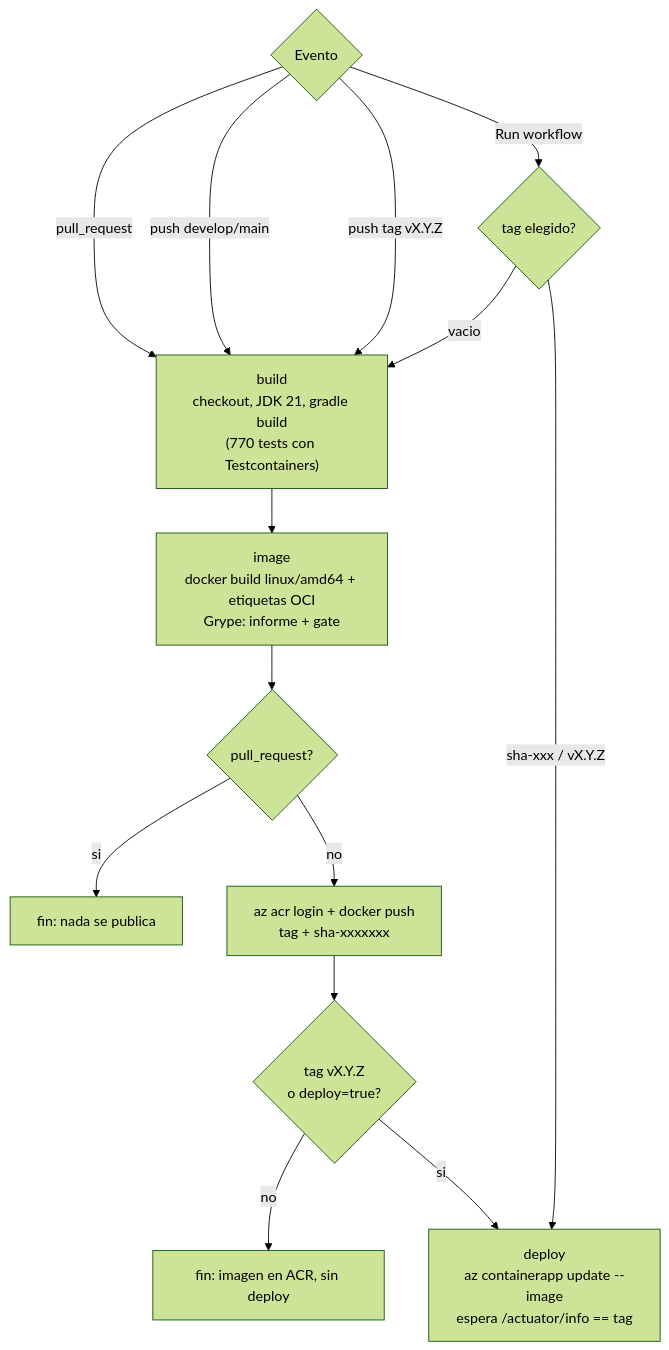
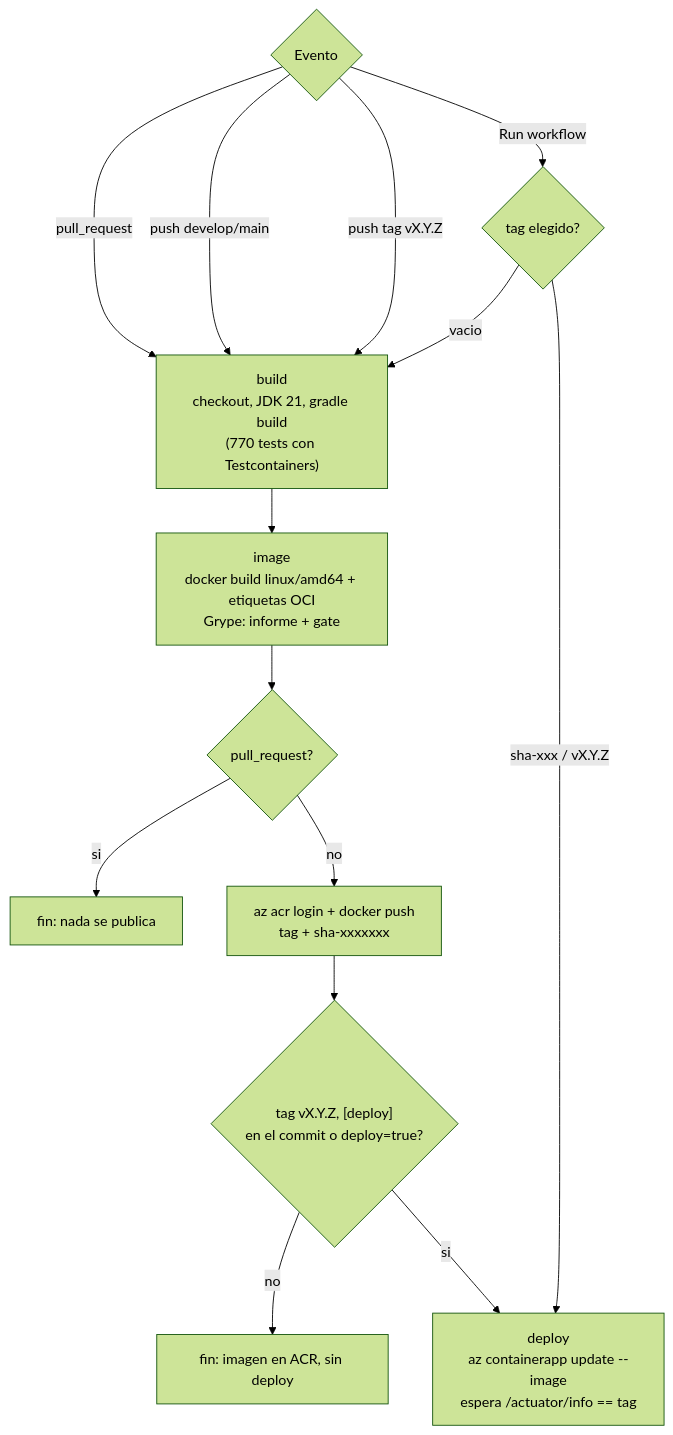
The diagram in docs/ci-cd.md (Menguitahh/acr-securepassb), drawn with Mermaid (forest theme) before and after one commit. The commit also changed other lines of this file and 2 other files, not shown here.

First line of the commit message:
ci(build): desplegar con la marca de deploy en el ultimo commit (#52)

````diff
--- a/docs/ci-cd.md
+++ b/docs/ci-cd.md
@@ -15,16 +15,16 @@
 ```mermaid
 flowchart TD
     E{Evento} -->|pull_request| B
     E -->|push develop/main| B
     E -->|push tag vX.Y.Z| B
     E -->|Run workflow| D0{tag elegido?}
     D0 -->|vacio| B
     D0 -->|sha-xxx / vX.Y.Z| DEP
     B["build<br/>checkout, JDK 21, gradle build<br/>(770 tests con Testcontainers)"] --> I
     I["image<br/>docker build linux/amd64 + etiquetas OCI<br/>Grype: informe + gate"] --> P{pull_request?}
     P -->|si| FIN1[fin: nada se publica]
     P -->|no| PUSH["az acr login + docker push<br/>tag + sha-xxxxxxx"]
-    PUSH --> C{tag vX.Y.Z<br/>o deploy=true?}
+    PUSH --> C{"tag vX.Y.Z, [deploy]<br/>en el commit o deploy=true?"}
     C -->|no| FIN2[fin: imagen en ACR, sin deploy]
     C -->|si| DEP["deploy<br/>az containerapp update --image<br/>espera /actuator/info == tag"]
 ```
````
